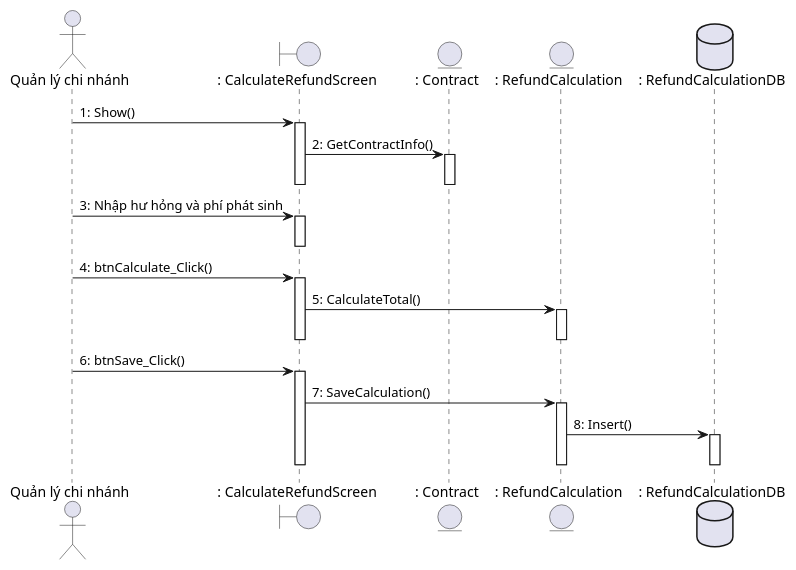
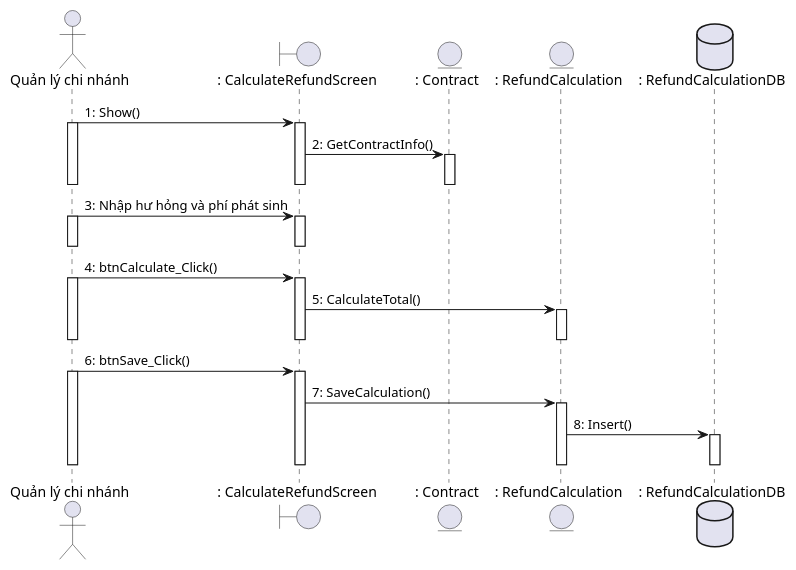
The diagram in tra_phong/sequence/tinh_hoan_coc_khau_tru_seq.wsd (Gnourt812005/HCMUS-Analyze-and-desgin-IS), drawn with PlantUML before and after one commit. The commit also changed 7 other files, not shown here.

Commit message:
quangdo/tra_phong: added class and sequence diagram for thanh_ly_hop_dong

```diff
--- a/tra_phong/sequence/tinh_hoan_coc_khau_tru_seq.wsd
+++ b/tra_phong/sequence/tinh_hoan_coc_khau_tru_seq.wsd
@@ -1,35 +1,43 @@
 @startuml
 actor "Quản lý chi nhánh" as QuanLy
 boundary ": CalculateRefundScreen" as Screen
 entity ": Contract" as Contract
 entity ": RefundCalculation" as Calc
 database ": RefundCalculationDB" as DB
 
 QuanLy -> Screen: 1: Show()
 activate Screen
+activate QuanLy
 Screen -> Contract: 2: GetContractInfo()
 activate Contract
 deactivate Contract
 deactivate Screen
+deactivate QuanLy
 
 QuanLy -> Screen: 3: Nhập hư hỏng và phí phát sinh
 activate Screen
+activate QuanLy
 deactivate Screen
+deactivate QuanLy
 
 QuanLy -> Screen: 4: btnCalculate_Click()
 activate Screen
+activate QuanLy
 Screen -> Calc: 5: CalculateTotal()
 activate Calc
 deactivate Calc
 deactivate Screen
+deactivate QuanLy
 
 QuanLy -> Screen: 6: btnSave_Click()
 activate Screen
+activate QuanLy
 Screen -> Calc: 7: SaveCalculation()
 activate Calc
 Calc -> DB: 8: Insert()
 activate DB
 deactivate DB
 deactivate Calc
 deactivate Screen
+deactivate QuanLy
 @enduml
```
